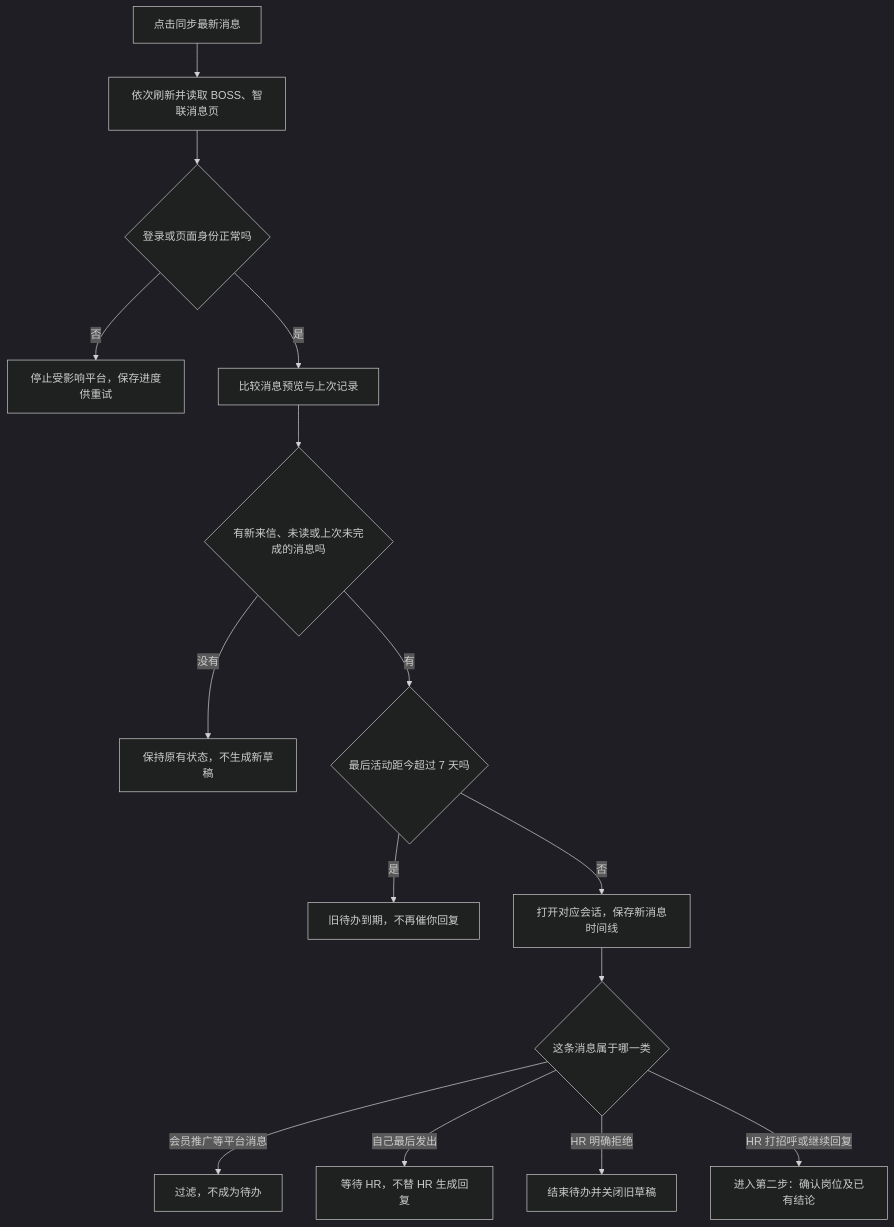
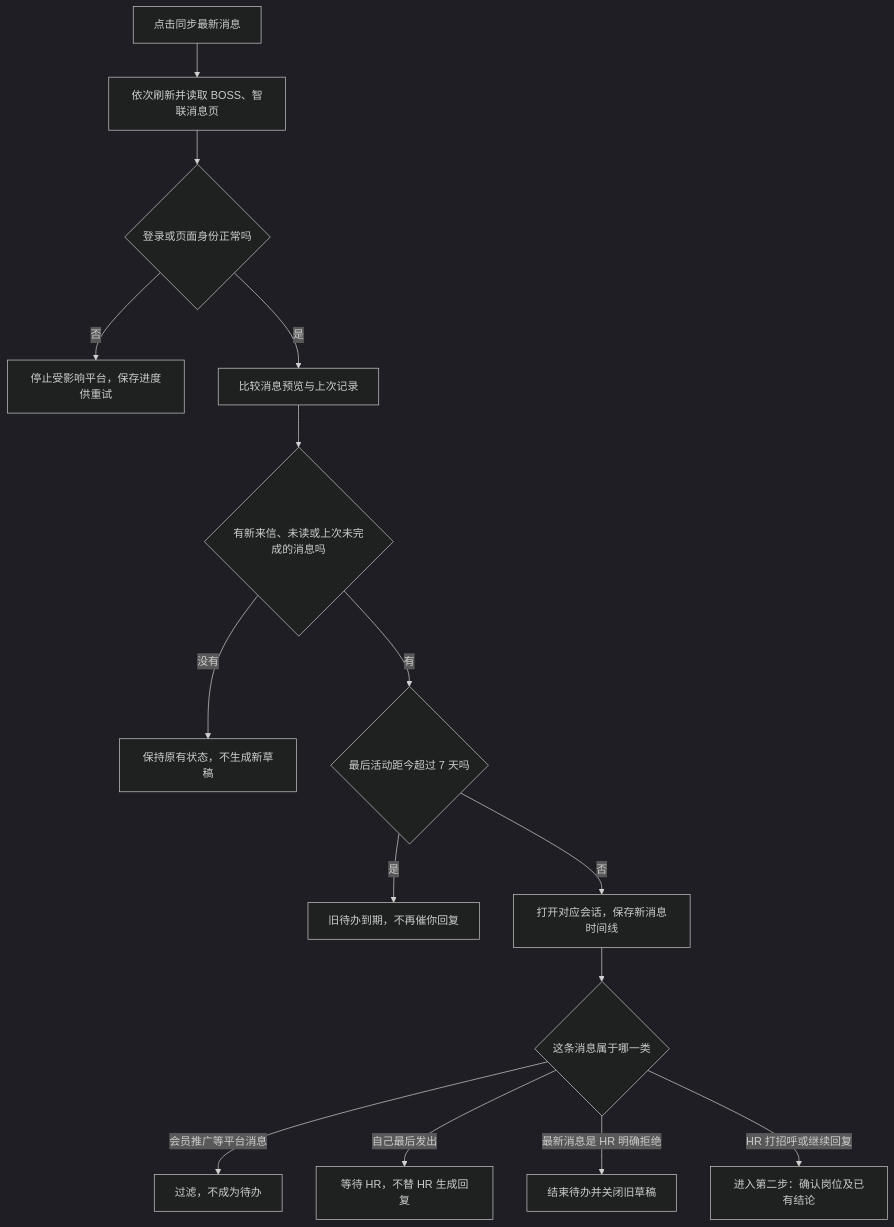
The seventh of 16 diagrams in docs/offergo-product-module-flows.md (daydreamer0213/OfferGo), drawn with Mermaid (dark theme) before and after one commit. The commit also changed other lines of this file and 11 other files, not shown here.

````diff
--- a/docs/offergo-product-module-flows.md
+++ b/docs/offergo-product-module-flows.md
@@ -166,17 +166,17 @@
 ```mermaid
 flowchart TD
   A[点击同步最新消息] --> B[依次刷新并读取 BOSS、智联消息页]
   B --> C{登录或页面身份正常吗}
   C -- 否 --> C1[停止受影响平台，保存进度供重试]
   C -- 是 --> D[比较消息预览与上次记录]
   D --> E{有新来信、未读或上次未完成的消息吗}
   E -- 没有 --> E1[保持原有状态，不生成新草稿]
   E -- 有 --> I{最后活动距今超过 7 天吗}
   I -- 是 --> I1[旧待办到期，不再催你回复]
   I -- 否 --> F[打开对应会话，保存新消息时间线]
   F --> G{这条消息属于哪一类}
   G -- 会员推广等平台消息 --> G1[过滤，不成为待办]
   G -- 自己最后发出 --> G2[等待 HR，不替 HR 生成回复]
-  G -- HR 明确拒绝 --> G3[结束待办并关闭旧草稿]
+  G -- 最新消息是 HR 明确拒绝 --> G3[结束待办并关闭旧草稿]
   G -- HR 打招呼或继续回复 --> H[进入第二步：确认岗位及已有结论]
 ```
````
